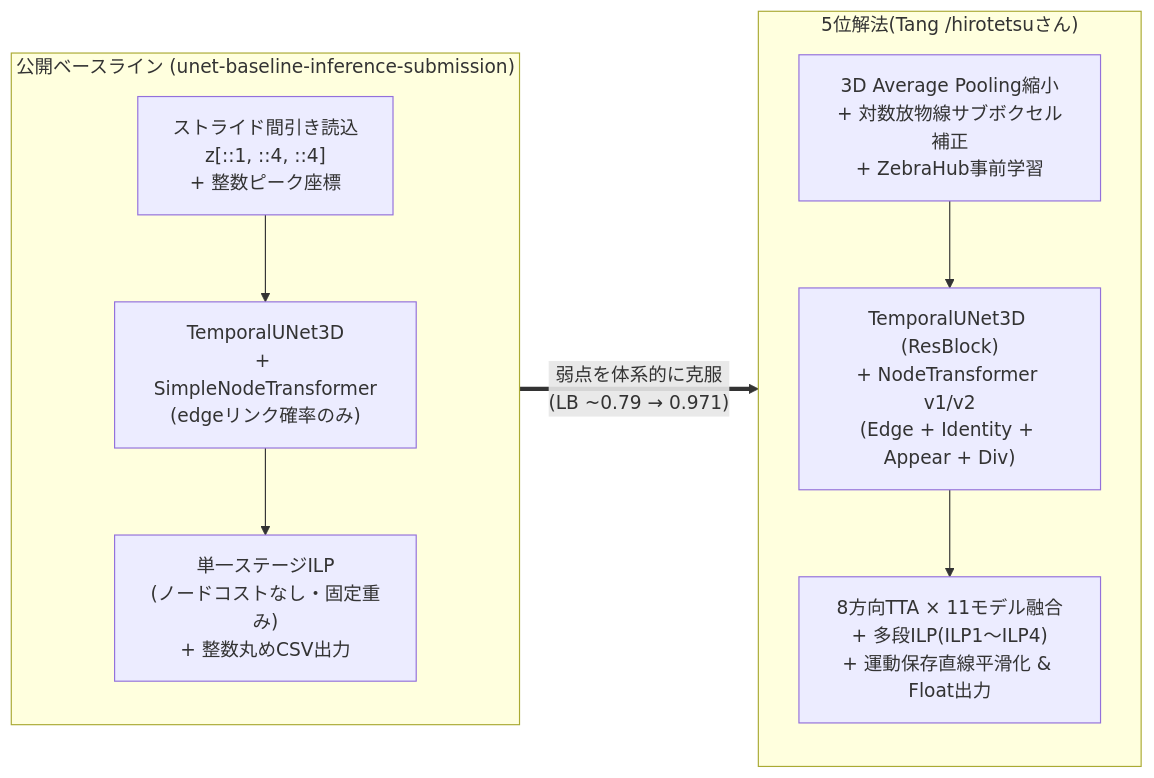
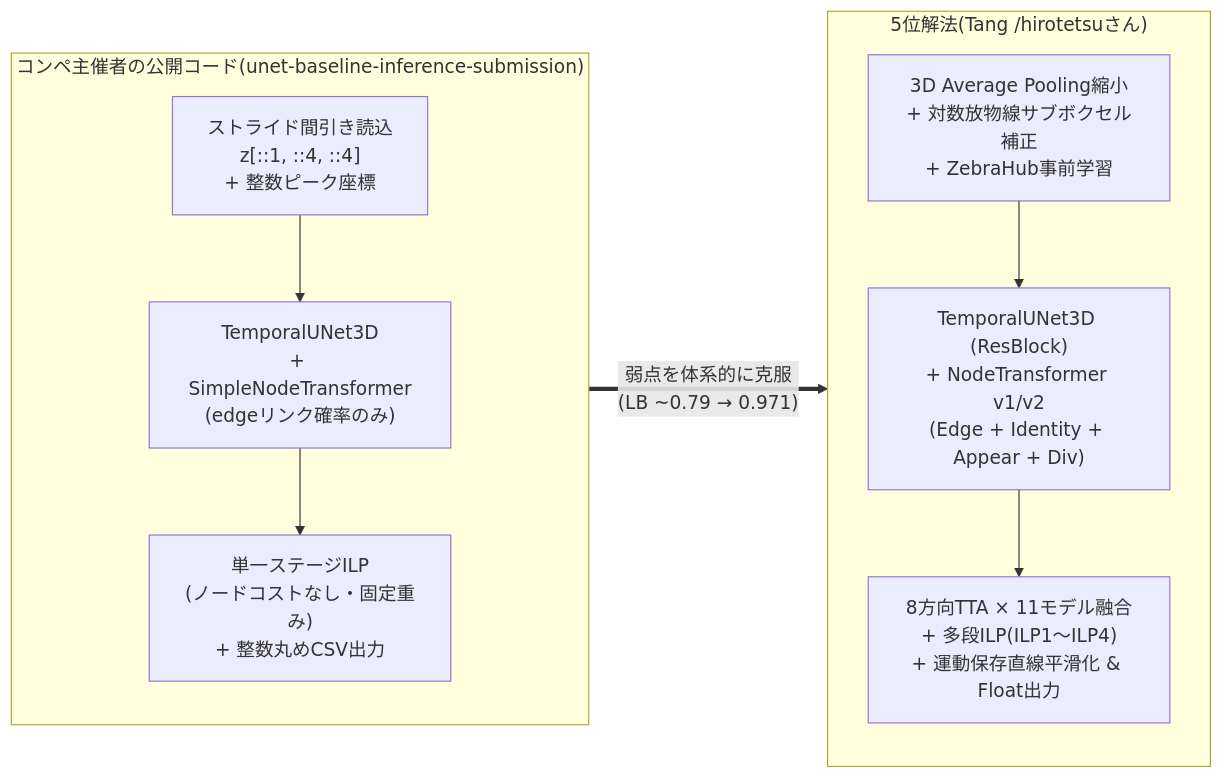
The first of 6 diagrams in episode/Summary&Conclusion/5th-place-summary.md (kito2718/kgle_001_BCT_Episode), drawn with Mermaid before and after one commit. The commit also changed other lines of this file, not shown here.

````diff
--- a/episode/Summary&Conclusion/5th-place-summary.md
+++ b/episode/Summary&Conclusion/5th-place-summary.md
@@ -19,14 +19,14 @@
 ```mermaid
 flowchart LR
-    subgraph Baseline["公開ベースライン (unet-baseline-inference-submission)"]
+    subgraph Baseline["コンペ主催者の公開コード(unet-baseline-inference-submission)"]
         B1["ストライド間引き読込<br/>z[::1, ::4, ::4]<br/>+ 整数ピーク座標"] --> B2["TemporalUNet3D<br/>+ SimpleNodeTransformer<br/>(edgeリンク確率のみ)"]
         B2 --> B3["単一ステージILP<br/>(ノードコストなし・固定重み)<br/>+ 整数丸めCSV出力"]
     end
 
     subgraph Fifth["5位解法(Tang /hirotetsuさん)"]
         F1["3D Average Pooling縮小<br/>+ 対数放物線サブボクセル補正<br/>+ ZebraHub事前学習"] --> F2["TemporalUNet3D (ResBlock)<br/>+ NodeTransformer v1/v2<br/>(Edge + Identity + Appear + Div)"]
         F2 --> F3["8方向TTA × 11モデル融合<br/>+ 多段ILP(ILP1〜ILP4)<br/>+ 運動保存直線平滑化 & Float出力"]
     end
 
     Baseline ==>|"弱点を体系的に克服<br/>(LB ~0.79 → 0.971)"| Fifth
 ```
````
